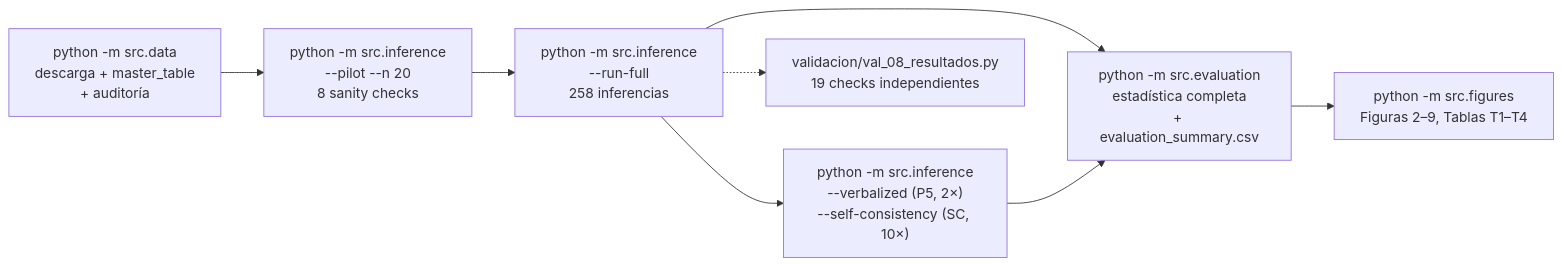
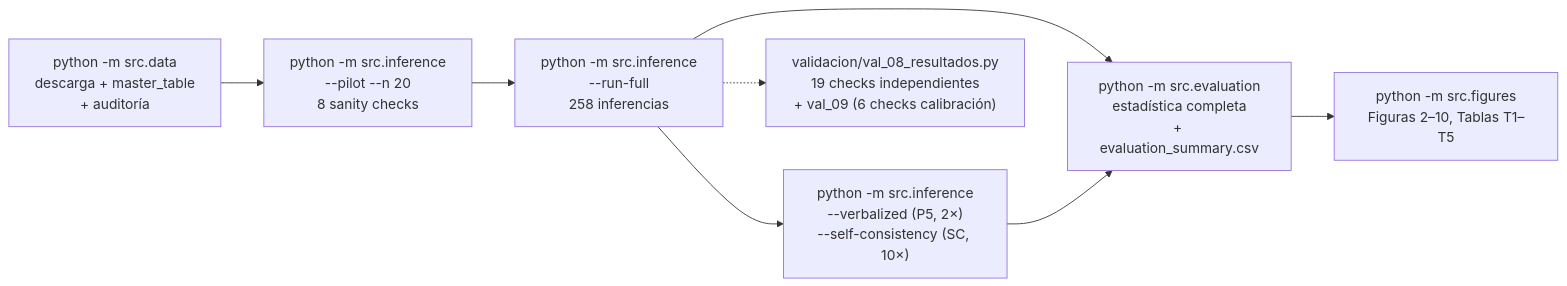
Before and after one commit to TheBug95/VLM-UQ-Cross-Modal-Phd.-Proposal-: the diagram in Documentacion/05_Implementacion_Software.md, drawn with Mermaid. The commit also changed other lines of this file and 27 other files, not shown here.

````diff
--- a/Documentacion/05_Implementacion_Software.md
+++ b/Documentacion/05_Implementacion_Software.md
@@ -101,10 +103,10 @@
 ```mermaid
 flowchart LR
     A["python -m src.data<br/>descarga + master_table<br/>+ auditoría"] --> B["python -m src.inference<br/>--pilot --n 20<br/>8 sanity checks"]
     B --> C["python -m src.inference<br/>--run-full<br/>258 inferencias"]
     C --> D["python -m src.inference<br/>--verbalized (P5, 2×)<br/>--self-consistency (SC, 10×)"]
     C --> E["python -m src.evaluation<br/>estadística completa<br/>+ evaluation_summary.csv"]
     D --> E
-    E --> F["python -m src.figures<br/>Figuras 2–9, Tablas T1–T4"]
-    C -.-> V["validacion/val_08_resultados.py<br/>19 checks independientes"]
+    E --> F["python -m src.figures<br/>Figuras 2–10, Tablas T1–T5"]
+    C -.-> V["validacion/val_08_resultados.py<br/>19 checks independientes<br/>+ val_09 (6 checks calibración)"]
 ```
````
